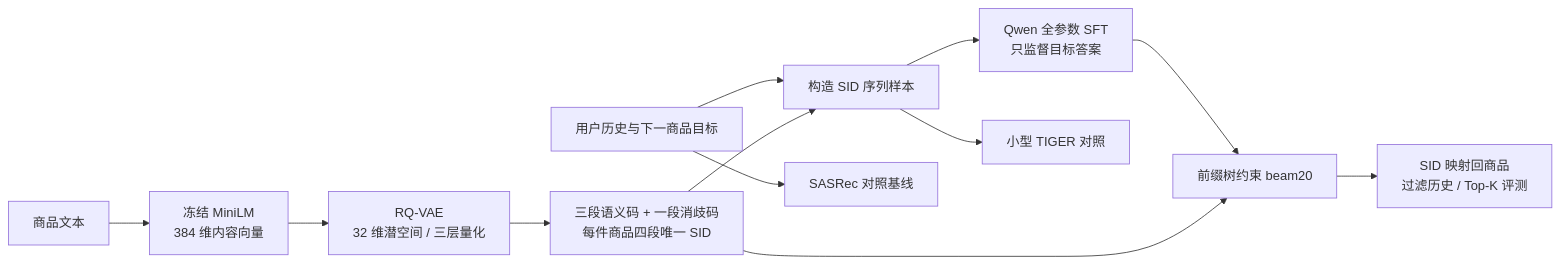
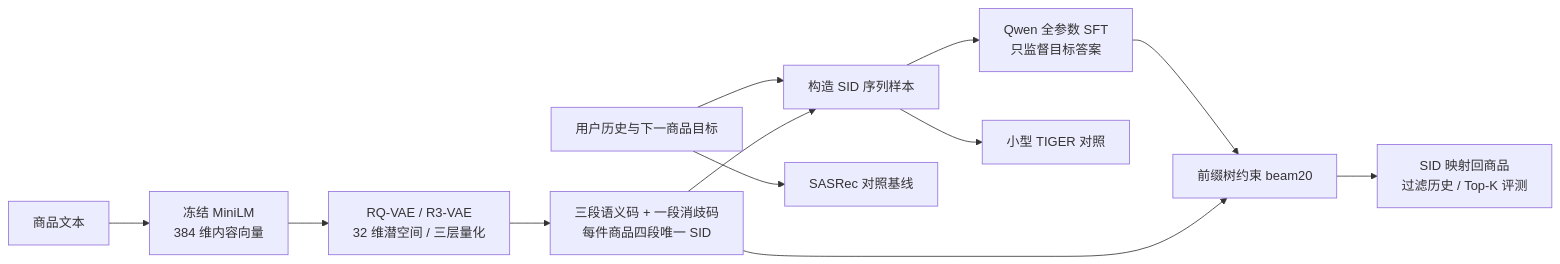
One commit to Tanghaopeng/generative-recommendation-learning changed the diagram in README.md. Above: the diagram before and after it, drawn with Mermaid. The commit also changed other lines of this file and 26 other files, not shown here.

````diff
--- a/README.md
+++ b/README.md
@@ -30,14 +46,14 @@
 ```mermaid
 flowchart LR
     T[商品文本] --> M[冻结 MiniLM<br/>384 维内容向量]
-    M --> R[RQ-VAE<br/>32 维潜空间 / 三层量化]
+    M --> R[RQ-VAE / R3-VAE<br/>32 维潜空间 / 三层量化]
     R --> S[三段语义码 + 一段消歧码<br/>每件商品四段唯一 SID]
     H[用户历史与下一商品目标] --> D[构造 SID 序列样本]
     S --> D
     D --> Q[Qwen 全参数 SFT<br/>只监督目标答案]
     Q --> B[前缀树约束 beam20]
     S --> B
     B --> I[SID 映射回商品<br/>过滤历史 / Top-K 评测]
     H --> A[SASRec 对照基线]
     D --> G[小型 TIGER 对照]
 ```
````
